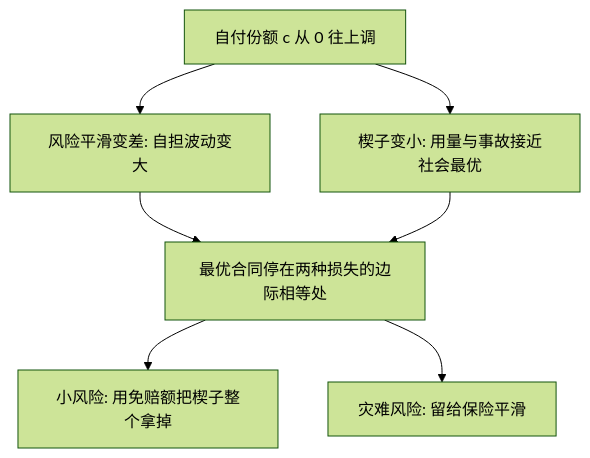
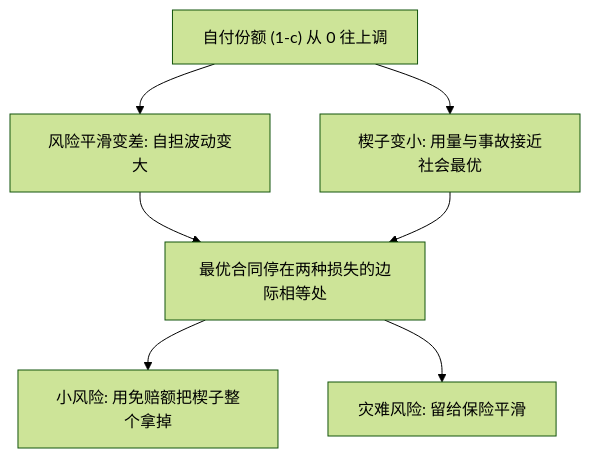
The second of 2 diagrams in docs/econ/hi-demand-moralhazard.md (xhongduo-tech/xhongduo-tech.github.io), drawn with Mermaid (forest theme) before and after one commit. The commit also changed 3 other files, not shown here.

Commit message:
Content review econ-190: the lambda measurement bound is an upper bound in the prospect deep-dive, the Fehr-Schmidt max term and alpha-beta sides are set right in the social-preferences lesson, the coinsurance mermaid matches the out-of-pocket share, and French 2005 is REStud.

````diff
--- a/docs/econ/hi-demand-moralhazard.md
+++ b/docs/econ/hi-demand-moralhazard.md
@@ -51,9 +51,9 @@
 ```mermaid
 flowchart TD
-  C["自付份额 c 从 0 往上调"] --> R["风险平滑变差: 自担波动变大"]
+  C["自付份额 (1-c) 从 0 往上调"] --> R["风险平滑变差: 自担波动变大"]
   C --> W["楔子变小: 用量与事故接近社会最优"]
   R --> EQ["最优合同停在两种损失的边际相等处"]
   W --> EQ
   EQ --> D["小风险: 用免赔额把楔子整个拿掉"]
   EQ --> B["灾难风险: 留给保险平滑"]
 ```
````
